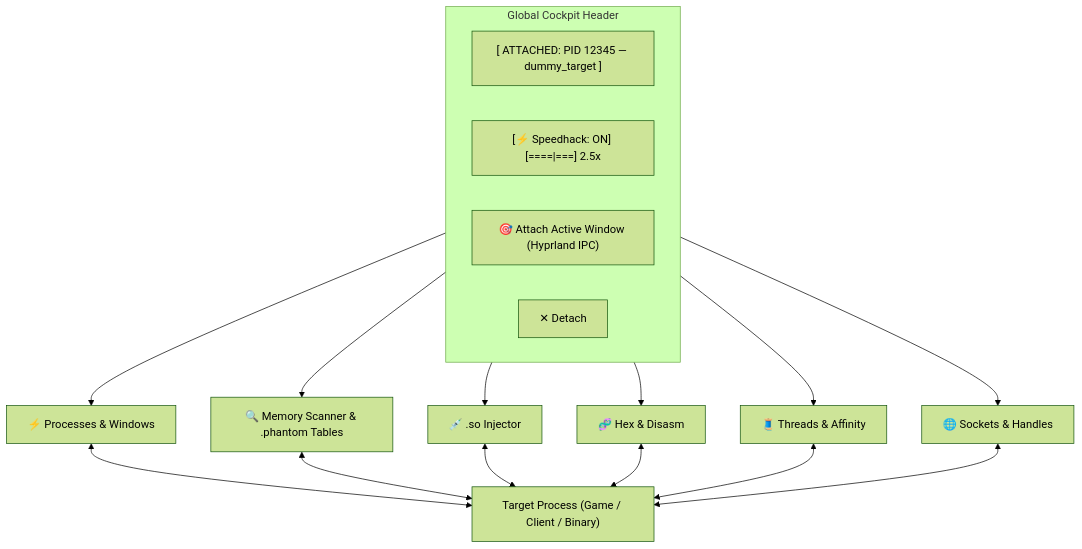
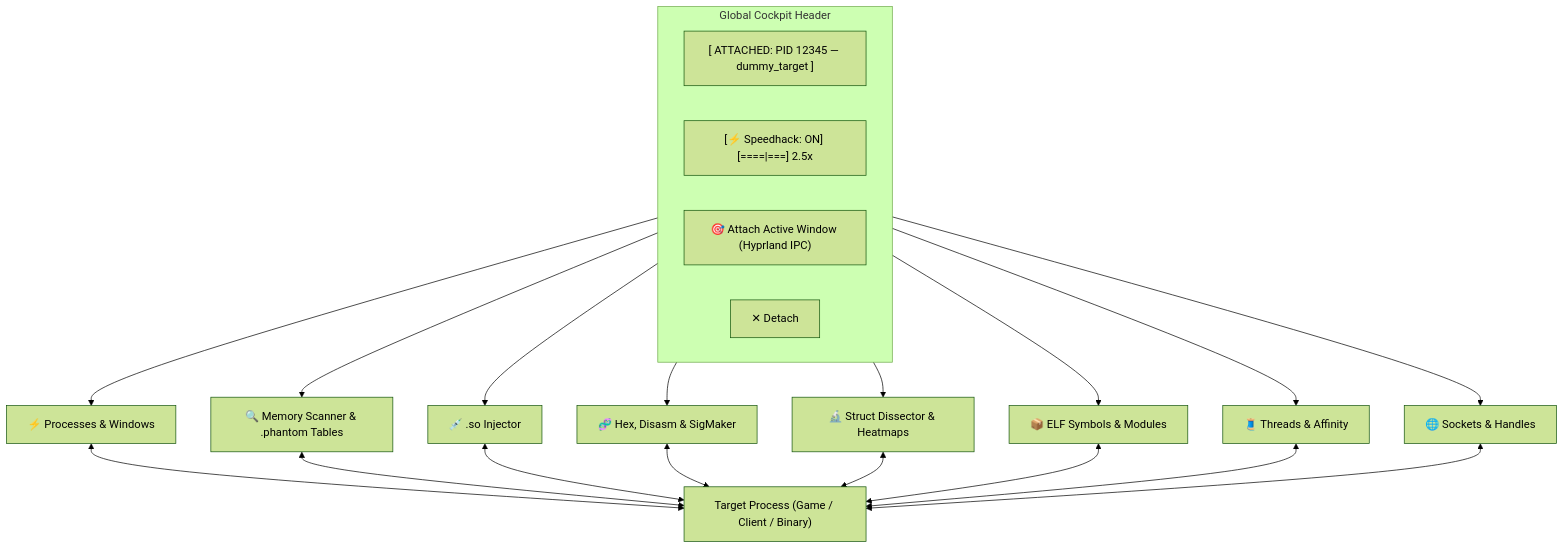
One commit to Zykoraa/PhantomSuite changed the diagram in GUIDE.md. Above: the diagram before and after it, drawn with Mermaid (forest theme). The commit also changed other lines of this file and 14 other files, not shown here.

Commit message:
PhantomSuite v3.0: Live Struct Dissector & Heatmaps, ELF Symbol Explorer, and AOB SigMaker

````diff
--- a/GUIDE.md
+++ b/GUIDE.md
@@ -9,20 +9,22 @@
 ```mermaid
 flowchart TD
     TargetApp["Target Process (Game / Client / Binary)"]
 
     subgraph Header ["Global Cockpit Header"]
         TargetBadge["[ ATTACHED: PID 12345 — dummy_target ]"]
         SpeedControl["[⚡ Speedhack: ON] [====|===] 2.5x"]
         QuickAttach["🎯 Attach Active Window (Hyprland IPC)"]
         Detach["✕ Detach"]
     end
 
     Header --> Tab1["⚡ Processes & Windows"]
     Header --> Tab2["🔍 Memory Scanner & .phantom Tables"]
     Header --> Tab3["💉 .so Injector"]
-    Header --> Tab4["🧬 Hex & Disasm"]
-    Header --> Tab5["🧵 Threads & Affinity"]
-    Header --> Tab6["🌐 Sockets & Handles"]
+    Header --> Tab4["🧬 Hex, Disasm & SigMaker"]
+    Header --> Tab5["🔬 Struct Dissector & Heatmaps"]
+    Header --> Tab6["📦 ELF Symbols & Modules"]
+    Header --> Tab7["🧵 Threads & Affinity"]
+    Header --> Tab8["🌐 Sockets & Handles"]
 
-    Tab1 & Tab2 & Tab3 & Tab4 & Tab5 & Tab6 <--> TargetApp
+    Tab1 & Tab2 & Tab3 & Tab4 & Tab5 & Tab6 & Tab7 & Tab8 <--> TargetApp
 ```
````
